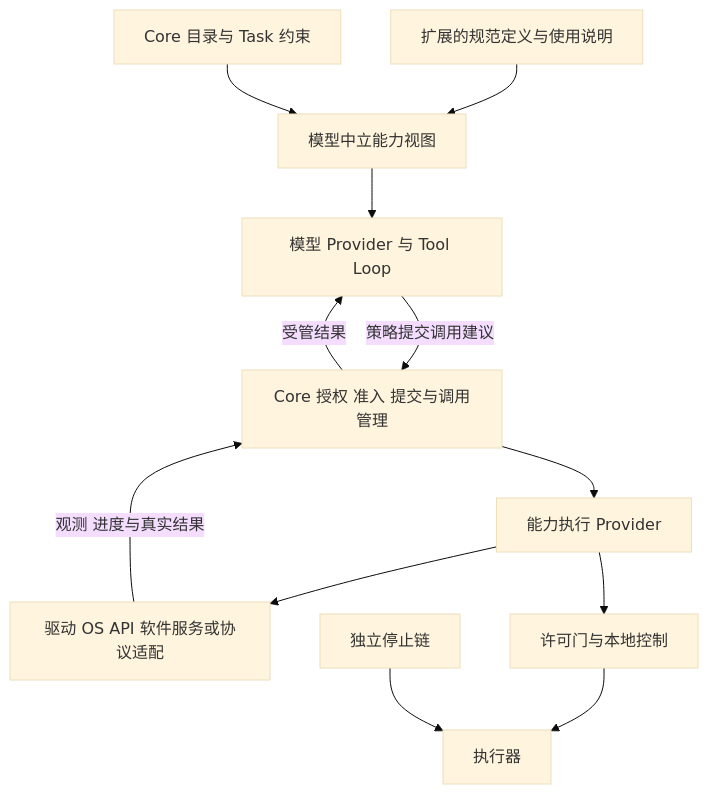
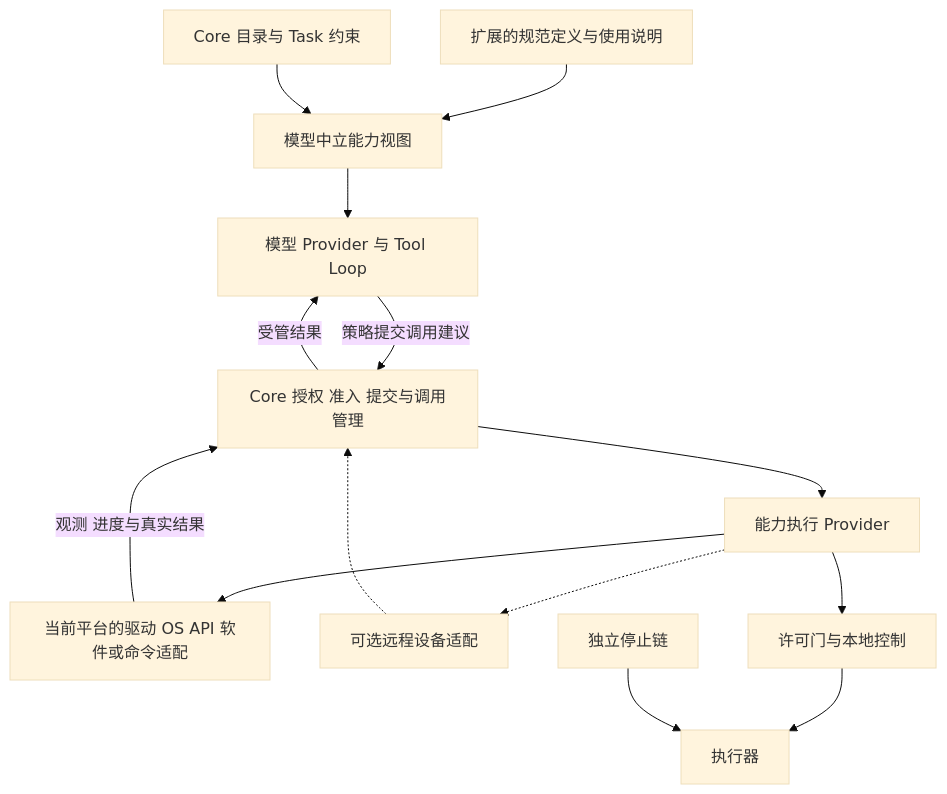
Before and after one commit to ayni-org/ayni-os: the diagram in docs/architecture/capability-centered-agentos-plan.md, drawn with Mermaid (base theme). The commit also changed other lines of this file and 3 other files, not shown here.

````diff
--- a/docs/architecture/capability-centered-agentos-plan.md
+++ b/docs/architecture/capability-centered-agentos-plan.md
@@ -74,14 +85,16 @@
 ```mermaid
 flowchart TD
     EXT["扩展的规范定义与使用说明"] --> VIEW["模型中立能力视图"]
     CORE["Core 目录与 Task 约束"] --> VIEW
     VIEW --> MODEL["模型 Provider 与 Tool Loop"]
     MODEL -->|"策略提交调用建议"| CALL["Core 授权 准入 提交与调用管理"]
     CALL --> EXEC["能力执行 Provider"]
-    EXEC --> BACK["驱动 OS API 软件服务或协议适配"]
+    EXEC --> BACK["当前平台的驱动 OS API 软件或命令适配"]
+    EXEC -.-> REMOTE["可选远程设备适配"]
     BACK -->|"观测 进度与真实结果"| CALL
+    REMOTE -.-> CALL
     CALL -->|"受管结果"| MODEL
     EXEC --> CTRL["许可门与本地控制"]
     CTRL --> MOTOR["执行器"]
     STOP["独立停止链"] --> MOTOR
 ```
````
